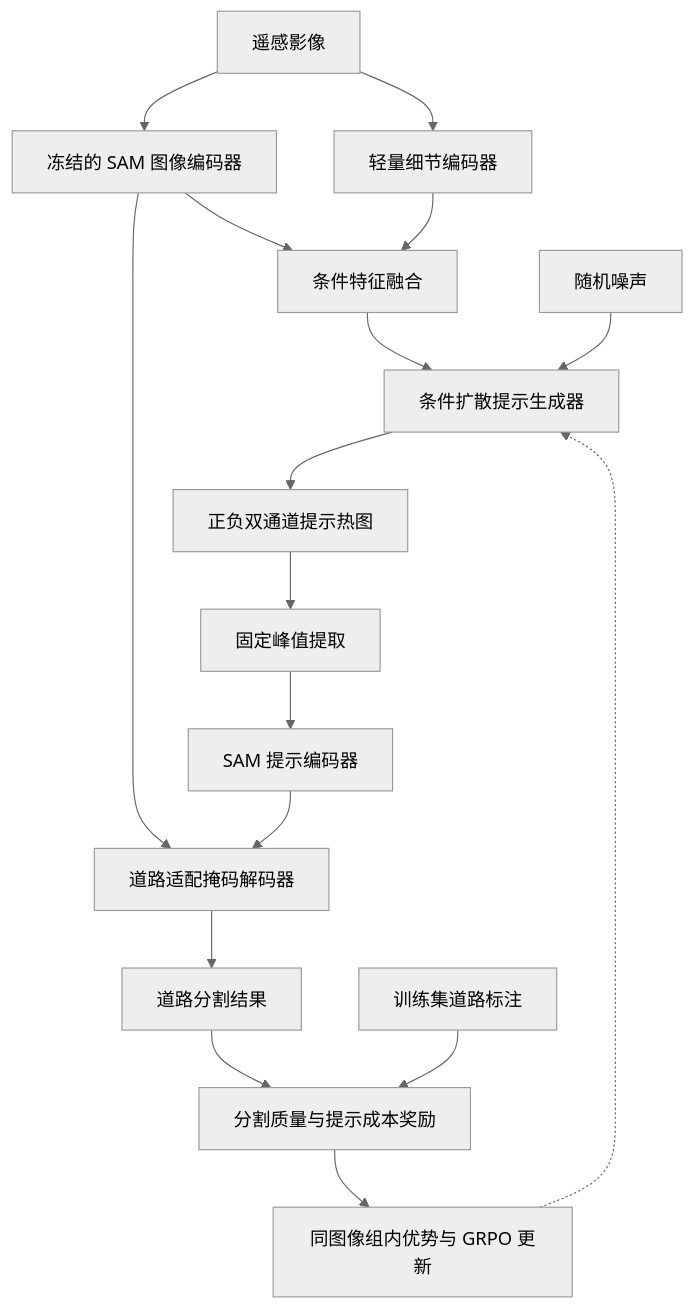
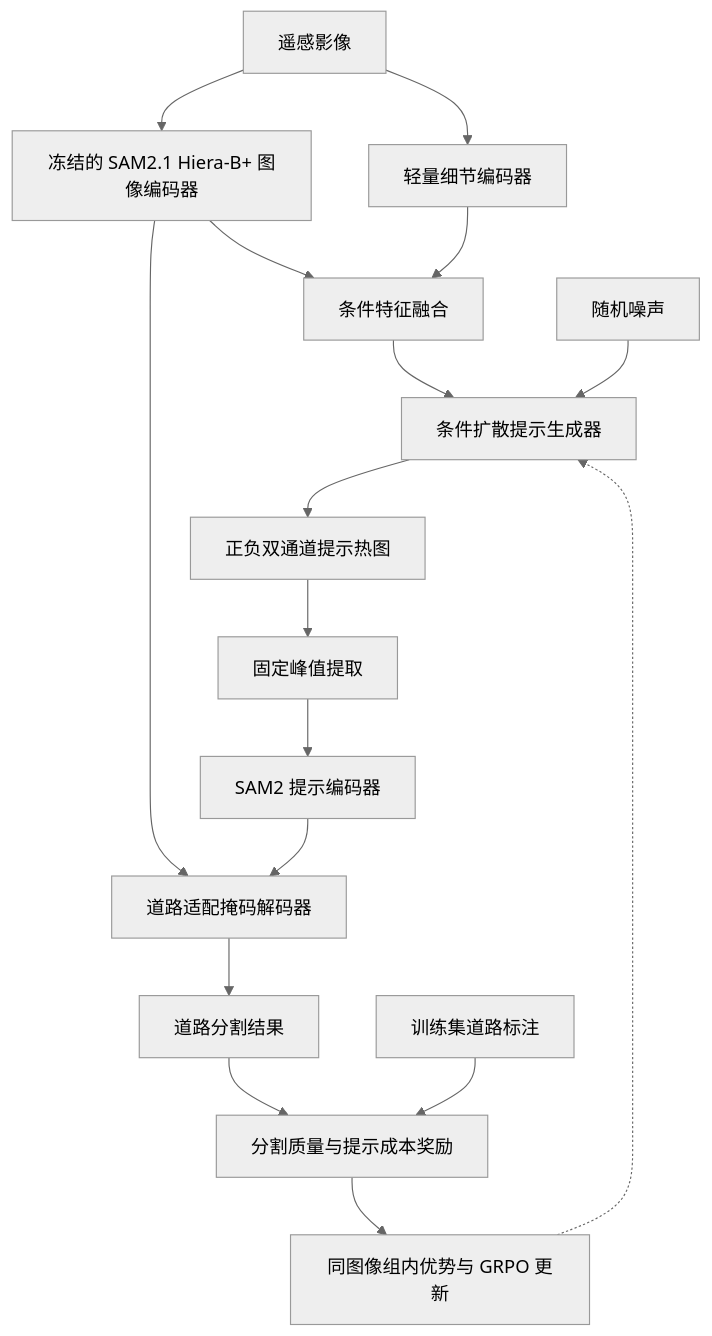
Before and after one commit to Long-Holiday/good-work: the diagram in docs/model_grpo.md, drawn with Mermaid (neutral theme). The commit also changed other lines of this file and 34 other files, not shown here.

````diff
--- a/docs/model_grpo.md
+++ b/docs/model_grpo.md
@@ -11,19 +11,19 @@
 ```mermaid
 flowchart TD
-    I["遥感影像"] --> E["冻结的 SAM 图像编码器"]
+    I["遥感影像"] --> E["冻结的 SAM2.1 Hiera-B+ 图像编码器"]
     I --> C["轻量细节编码器"]
     E --> F["条件特征融合"]
     C --> F
     F --> D["条件扩散提示生成器"]
     Z["随机噪声"] --> D
     D --> H["正负双通道提示热图"]
     H --> P["固定峰值提取"]
-    P --> PE["SAM 提示编码器"]
+    P --> PE["SAM2 提示编码器"]
     E --> M["道路适配掩码解码器"]
     PE --> M
     M --> O["道路分割结果"]
     O --> R["分割质量与提示成本奖励"]
     Y["训练集道路标注"] --> R
     R --> G["同图像组内优势与 GRPO 更新"]
     G -.-> D
 ```
````
